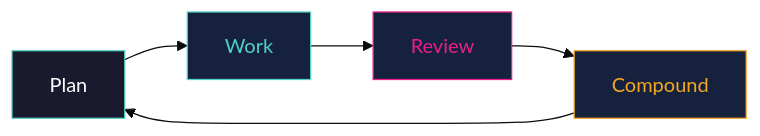
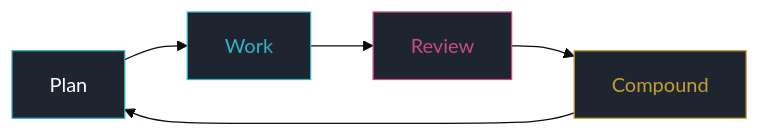
One commit to marcusrbrown/systematic changed the diagram in docs/src/content/docs/guides/main-loop.mdx. Above: the diagram before and after it, drawn with Mermaid (base theme). The commit also changed other lines of this file and 1 other file, not shown here.

````diff
--- a/docs/src/content/docs/guides/main-loop.mdx
+++ b/docs/src/content/docs/guides/main-loop.mdx
@@ -10,12 +10,12 @@
 ```mermaid
 flowchart LR
     A[Plan] --> B[Work]
     B --> C[Review]
     C --> D[Compound]
     D --> A
 
-    style A fill:#1a1a2e,stroke:#4FD1C5,color:#fff
-    style B fill:#16213e,stroke:#4FD1C5,color:#4FD1C5
-    style C fill:#16213e,stroke:#E91E8C,color:#E91E8C
-    style D fill:#16213e,stroke:#F5A623,color:#F5A623
+    style A fill:#1e2530,stroke:#33b1c4,color:#fff
+    style B fill:#1e2530,stroke:#33b1c4,color:#33b1c4
+    style C fill:#1e2530,stroke:#c74a8a,color:#c74a8a
+    style D fill:#1e2530,stroke:#c4a033,color:#c4a033
 ```
````
